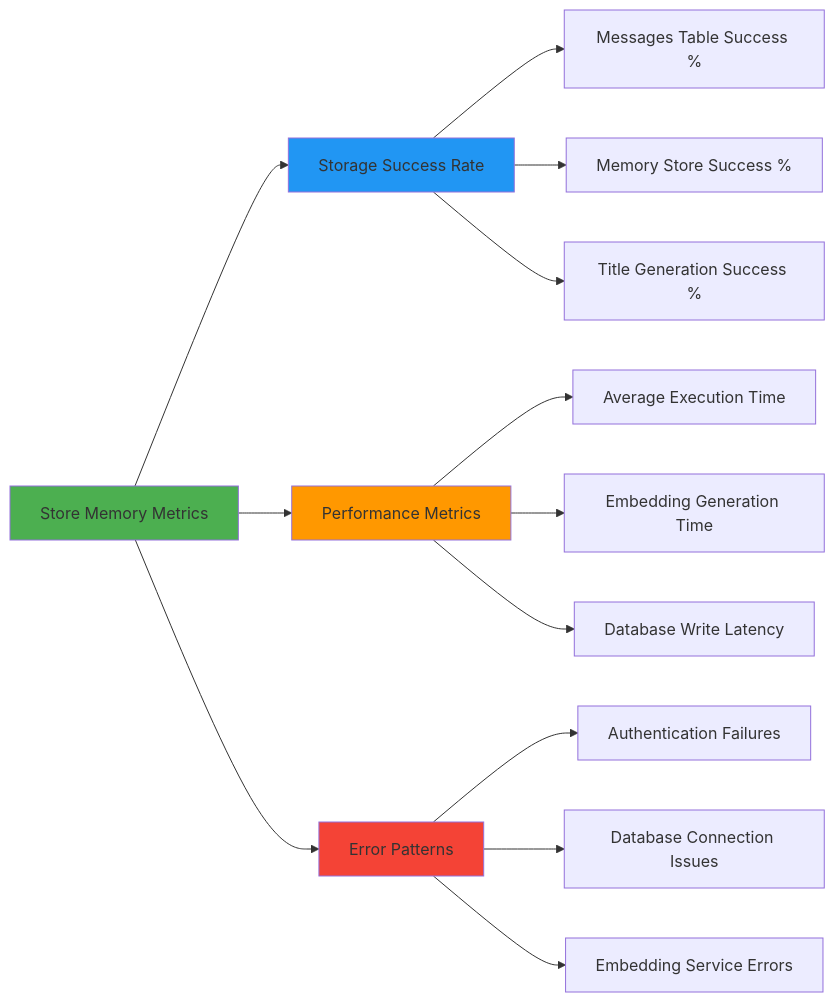
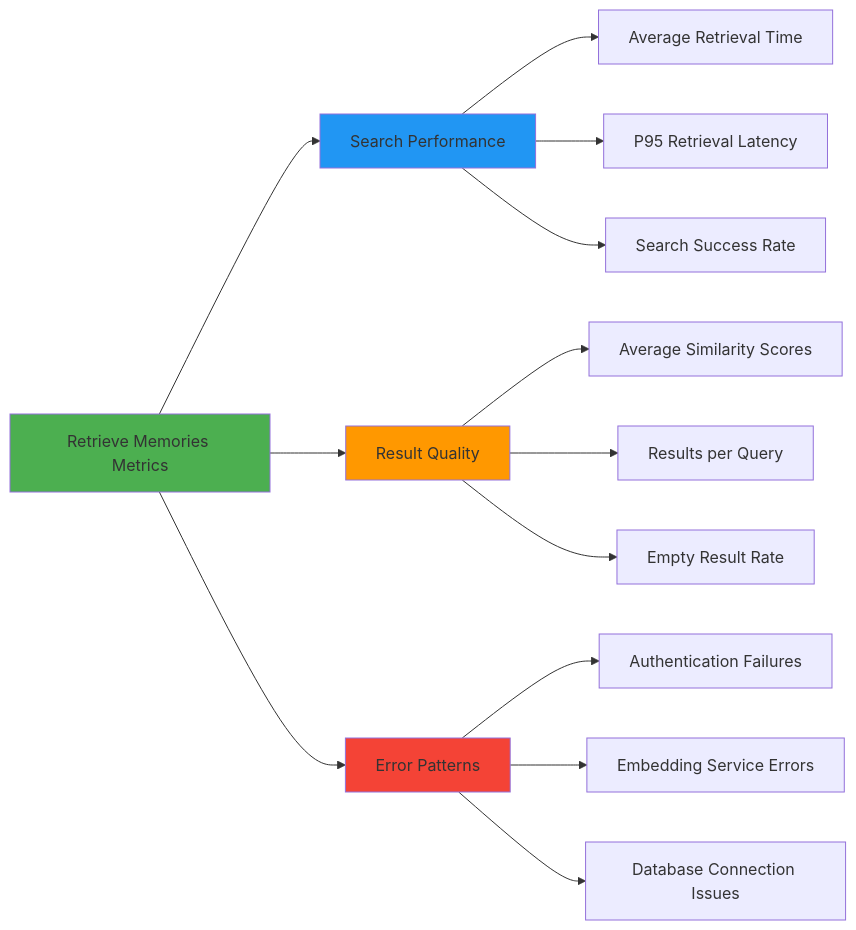
The fifth of 5 diagrams in docs/ai/langgraph.md (tweezerchef/Wbot), drawn with Mermaid before and after one commit. The commit also changed other lines of this file and 3 other files, not shown here.

````diff
--- a/docs/ai/langgraph.md
+++ b/docs/ai/langgraph.md
@@ -423,23 +479,23 @@
 ```mermaid
 graph LR
-    A[Store Memory Metrics] --> B[Storage Success Rate]
-    A --> C[Performance Metrics]
+    A[Retrieve Memories Metrics] --> B[Search Performance]
+    A --> C[Result Quality]
     A --> D[Error Patterns]
 
-    B --> E[Messages Table Success %]
-    B --> F[Memory Store Success %]
-    B --> G[Title Generation Success %]
+    B --> E[Average Retrieval Time]
+    B --> F[P95 Retrieval Latency]
+    B --> G[Search Success Rate]
 
-    C --> H[Average Execution Time]
-    C --> I[Embedding Generation Time]
-    C --> J[Database Write Latency]
+    C --> H[Average Similarity Scores]
+    C --> I[Results per Query]
+    C --> J[Empty Result Rate]
 
     D --> K[Authentication Failures]
-    D --> L[Database Connection Issues]
-    D --> M[Embedding Service Errors]
+    D --> L[Embedding Service Errors]
+    D --> M[Database Connection Issues]
 
     style A fill:#4caf50
     style B fill:#2196f3
     style C fill:#ff9800
     style D fill:#f44336
 ```
````
